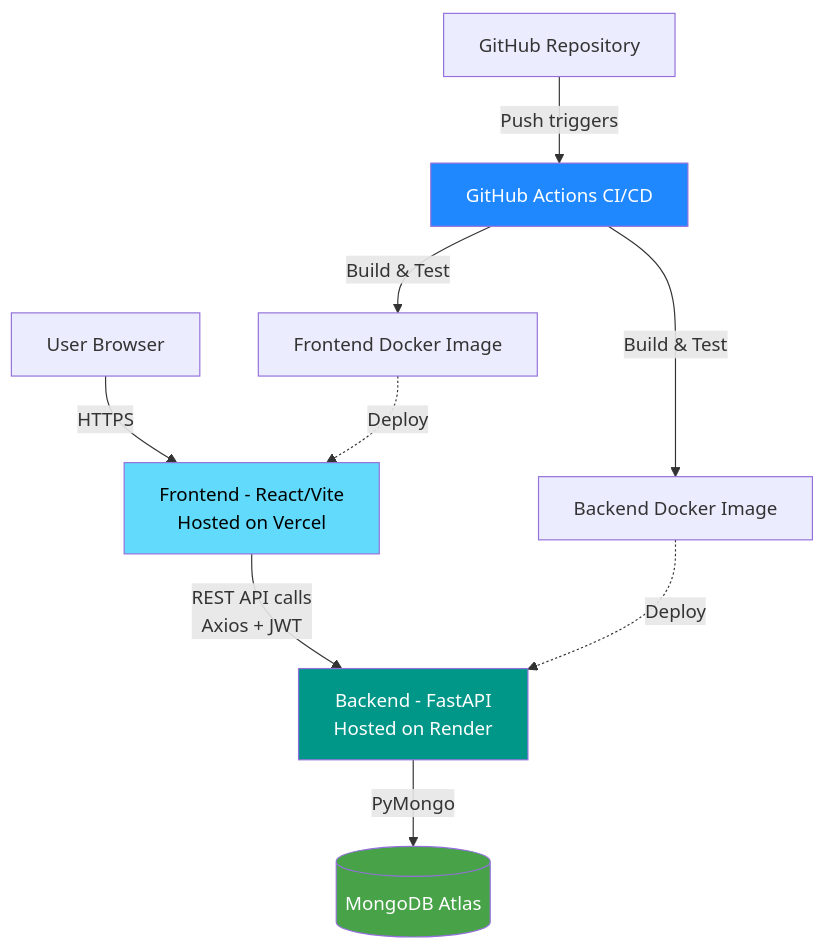
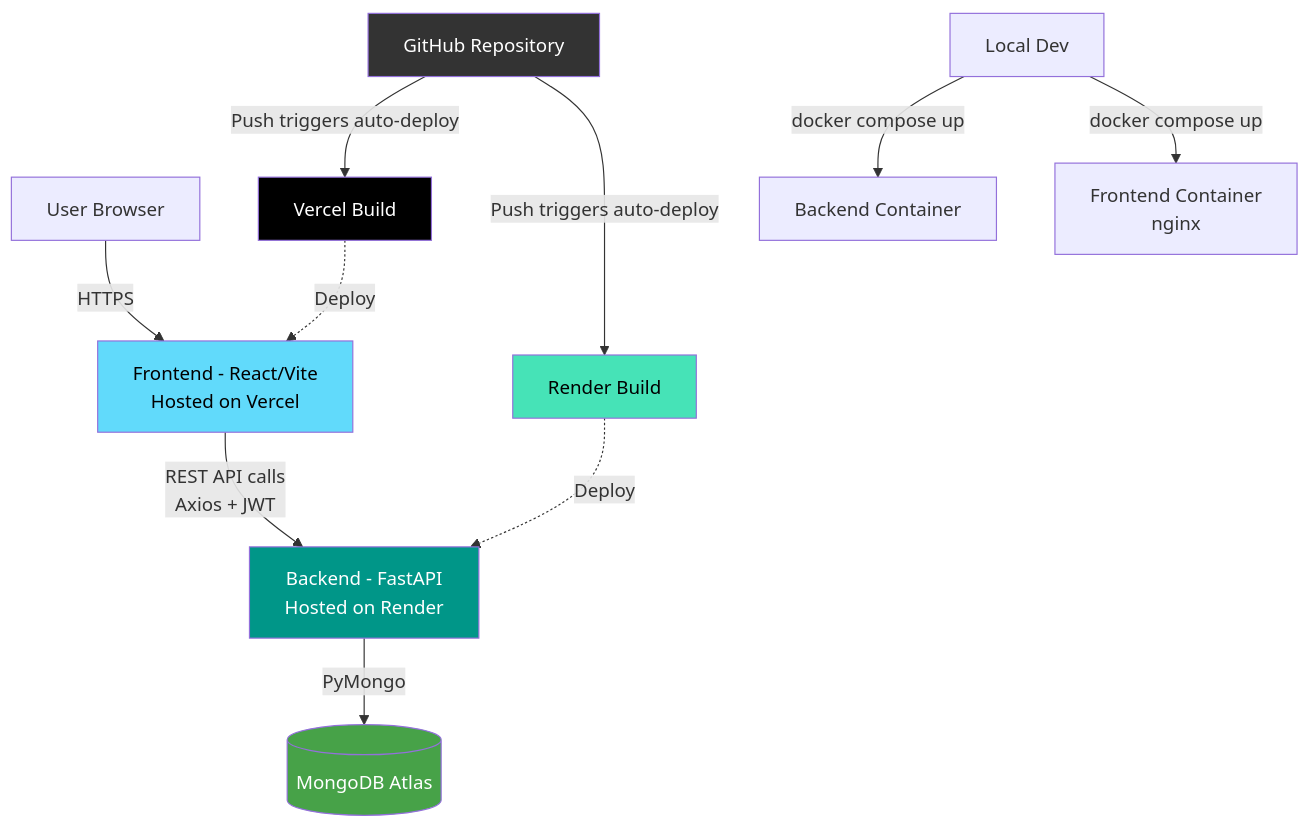
Before and after one commit to nachammaisundaram/tasktrack: the diagram in README.md, drawn with Mermaid. The commit also changed other lines of this file, not shown here.

Commit message:
Revise deployment triggers in README.md diagram
Updated deployment triggers in architecture diagram for GitHub Actions and Vercel.

````diff
--- a/README.md
+++ b/README.md
@@ -65,17 +65,21 @@
 ```mermaid
 graph TD
     A[User Browser] -->|HTTPS| B[Frontend - React/Vite<br/>Hosted on Vercel]
     B -->|REST API calls<br/>Axios + JWT| C[Backend - FastAPI<br/>Hosted on Render]
     C -->|PyMongo| D[(MongoDB Atlas)]
-    
-    E[GitHub Repository] -->|Push triggers| F[GitHub Actions CI/CD]
-    F -->|Build & Test| G[Backend Docker Image]
-    F -->|Build & Test| H[Frontend Docker Image]
+
+    E[GitHub Repository] -->|Push triggers auto-deploy| F[Vercel Build]
+    E -->|Push triggers auto-deploy| G[Render Build]
+    F -.->|Deploy| B
     G -.->|Deploy| C
-    H -.->|Deploy| B
-    
+
+    H[Local Dev] -->|docker compose up| I[Backend Container]
+    H -->|docker compose up| J[Frontend Container<br/>nginx]
+
     style B fill:#61dafb,color:#000
     style C fill:#009688,color:#fff
     style D fill:#47A248,color:#fff
-    style F fill:#2088FF,color:#fff
+    style E fill:#333,color:#fff
+    style F fill:#000,color:#fff
+    style G fill:#46E3B7,color:#000
 ```
````
